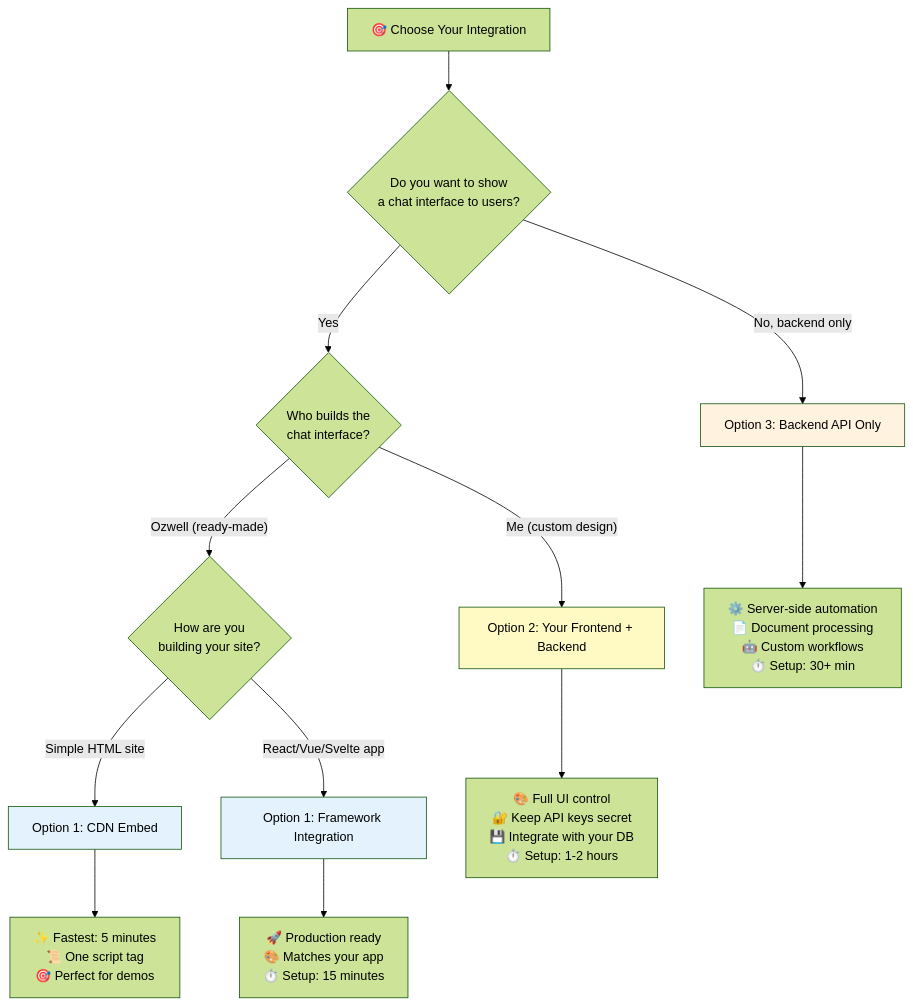
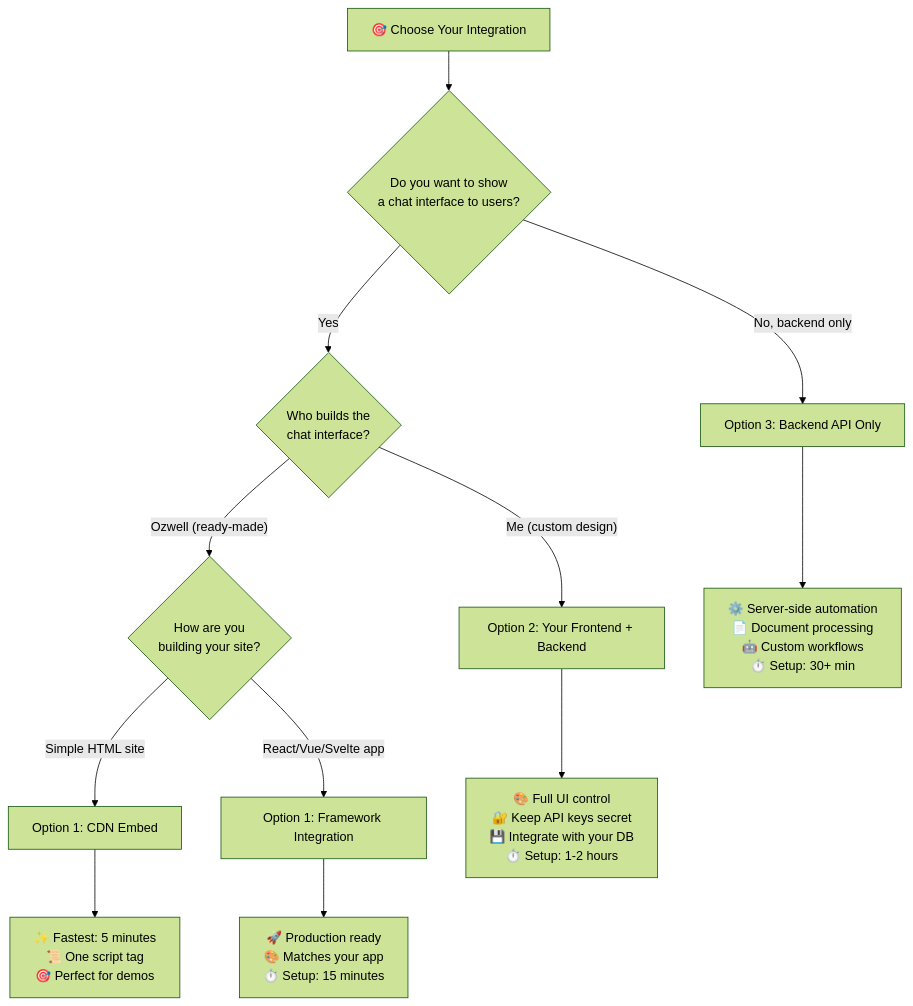
One commit to mieweb/ozwellai-api changed the second of 2 diagrams in docs/overview.md. Above: the diagram before and after it, drawn with Mermaid (forest theme). The commit also changed other lines of this file and 4 other files, not shown here.

First line of the commit message:
fix: mermaid dark mode and navbar toggle visibility

````diff
--- a/docs/overview.md
+++ b/docs/overview.md
@@ -101,26 +94,21 @@
 ```mermaid
 graph TB
     Start[🎯 Choose Your Integration] --> Q1{Do you want to show<br/>a chat interface to users?}
     
     Q1 -->|No, backend only| Backend[Option 3: Backend API Only]
     Q1 -->|Yes| Q2{Who builds the<br/>chat interface?}
     
     Q2 -->|"Ozwell (ready-made)"| Q3{How are you<br/>building your site?}
     Q2 -->|"Me (custom design)"| Custom[Option 2: Your Frontend + Backend]
     
     Q3 -->|"Simple HTML site"| CDN[Option 1: CDN Embed]
     Q3 -->|"React/Vue/Svelte app"| Framework[Option 1: Framework Integration]
     
     Backend --> B1[⚙️ Server-side automation<br/>📄 Document processing<br/>🤖 Custom workflows<br/>⏱️ Setup: 30+ min]
     
     Custom --> C1[🎨 Full UI control<br/>🔐 Keep API keys secret<br/>💾 Integrate with your DB<br/>⏱️ Setup: 1-2 hours]
     
     CDN --> F1[✨ Fastest: 5 minutes<br/>📜 One script tag<br/>🎯 Perfect for demos]
     
     Framework --> F2[🚀 Production ready<br/>🎨 Matches your app<br/>⏱️ Setup: 15 minutes]
-    
-    style Backend fill:#fff3e0
-    style Custom fill:#fff9c4
-    style CDN fill:#e3f2fd
-    style Framework fill:#e3f2fd
 ```
````
